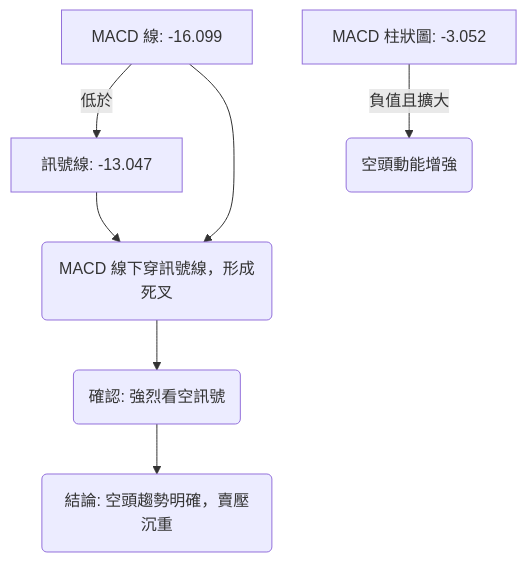
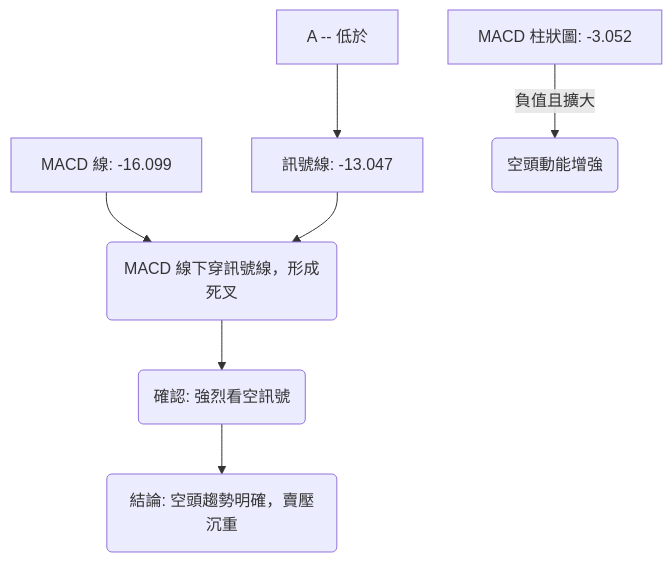
The eighth of 12 diagrams in ai_gen_report/stock/meta/technical_analysis_2026-06-29_gemini.md (yennanliu/finance_data), drawn with Mermaid before and after one commit. The commit also changed other lines of this file and 2258 other files, not shown here.

First line of the commit message:
chore: backfill Mermaid syntax repair across existing reports

````diff
--- a/ai_gen_report/stock/meta/technical_analysis_2026-06-29_gemini.md
+++ b/ai_gen_report/stock/meta/technical_analysis_2026-06-29_gemini.md
@@ -459,12 +459,12 @@
 ```mermaid
 graph TD
-    A[MACD 線: -16.099]
-    B[訊號線: -13.047]
-    C[MACD 柱狀圖: -3.052]
+    A["MACD 線: -16.099"]
+    B["訊號線: -13.047"]
+    C["MACD 柱狀圖: -3.052"]
 
-    A -- 低於 --> B
-    C -- 負值且擴大 --> D(空頭動能增強)
-    A & B --> E(MACD 線下穿訊號線，形成死叉)
-    E --> F(確認: 強烈看空訊號)
-    F --> G(結論: 空頭趨勢明確，賣壓沉重)
+    nb1["A -- 低於"] --> B
+    C -- 負值且擴大 --> D("空頭動能增強")
+    A & B --> E("MACD 線下穿訊號線，形成死叉")
+    E --> F("確認: 強烈看空訊號")
+    F --> G("結論: 空頭趨勢明確，賣壓沉重")
 ```
````
